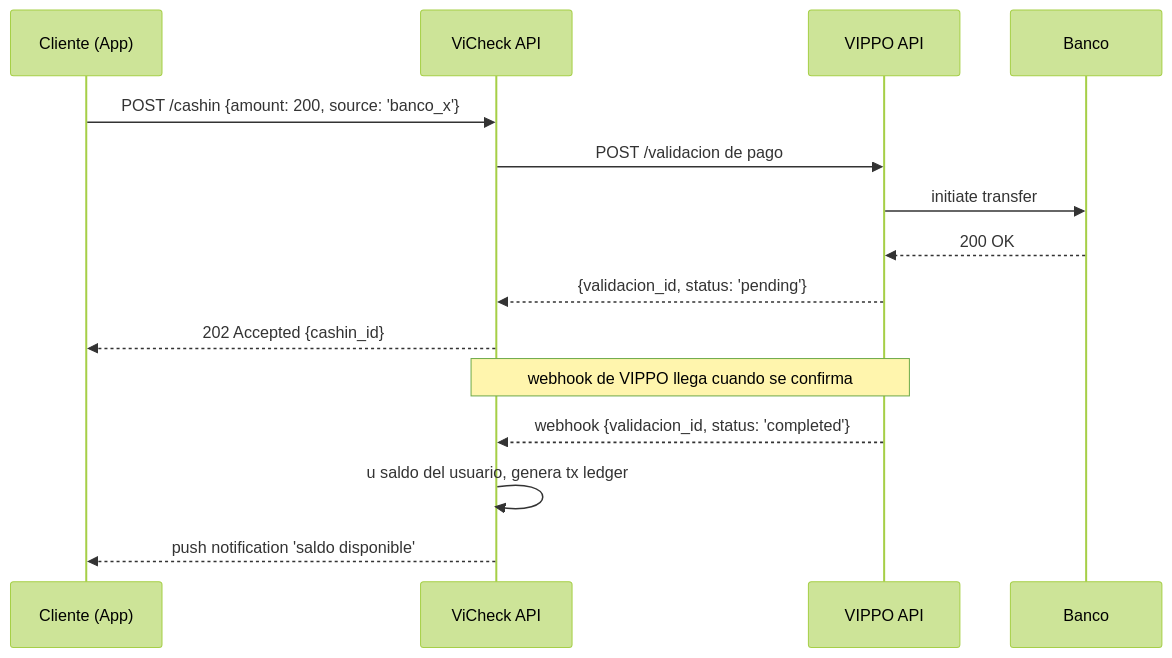
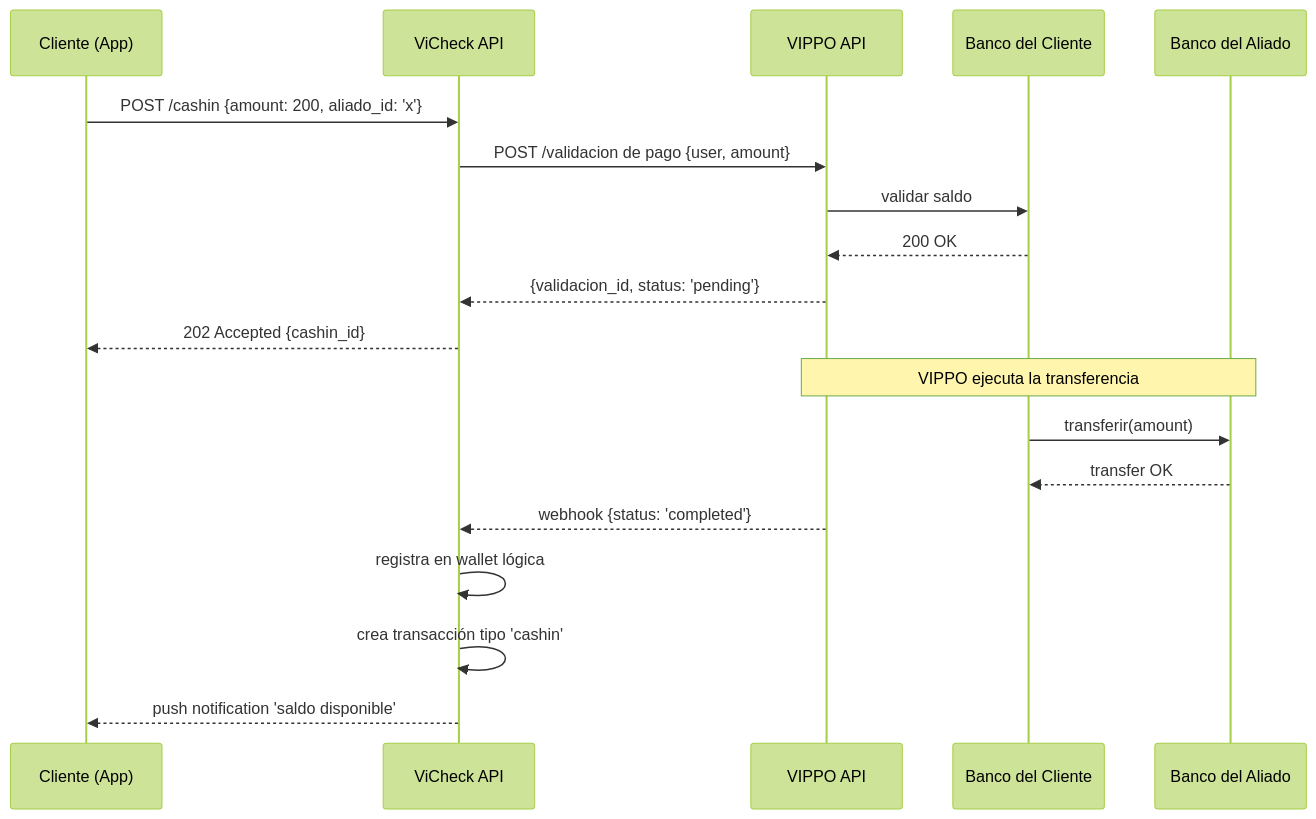
One commit to faugustdev/harbor-compass changed the first of 4 diagrams in docs-src/02-architecture.md. Above: the diagram before and after it, drawn with Mermaid (forest theme). The commit also changed other lines of this file and 9 other files, not shown here.

````diff
--- a/docs-src/02-architecture.md
+++ b/docs-src/02-architecture.md
@@ -82,20 +83,24 @@
 ```mermaid
 sequenceDiagram
     participant U as Cliente (App)
     participant V as ViCheck API
     participant P as VIPPO API
-    participant B as Banco
+    participant BC as Banco del Cliente
+    participant BA as Banco del Aliado
 
-    U->>V: POST /cashin {amount: 200, source: 'banco_x'}
-    V->>P: POST /validacion de pago
-    P->>B: initiate transfer
-    B-->>P: 200 OK
+    U->>V: POST /cashin {amount: 200, aliado_id: 'x'}
+    V->>P: POST /validacion de pago {user, amount}
+    P->>BC: validar saldo
+    BC-->>P: 200 OK
     P-->>V: {validacion_id, status: 'pending'}
     V-->>U: 202 Accepted {cashin_id}
 
-    Note over V,P: webhook de VIPPO llega cuando se confirma
+    Note over P,BA: VIPPO ejecuta la transferencia
+    BC->>BA: transferir(amount)
+    BA-->>BC: transfer OK
+    P-->>V: webhook {status: 'completed'}
 
-    P-->>V: webhook {validacion_id, status: 'completed'}
-    V->>V: u saldo del usuario, genera tx ledger
+    V->>V: registra en wallet lógica
+    V->>V: crea transacción tipo 'cashin'
     V-->>U: push notification 'saldo disponible'
 ```
````
